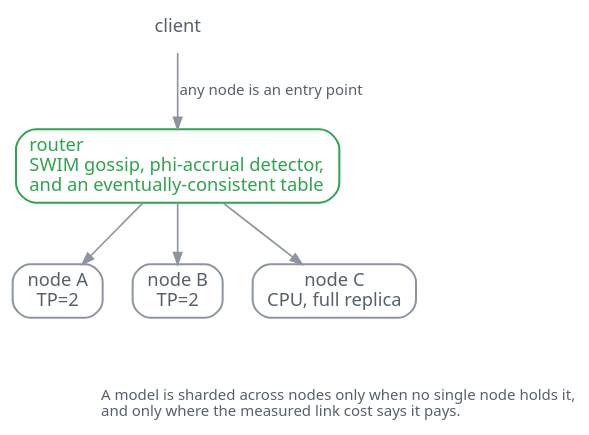
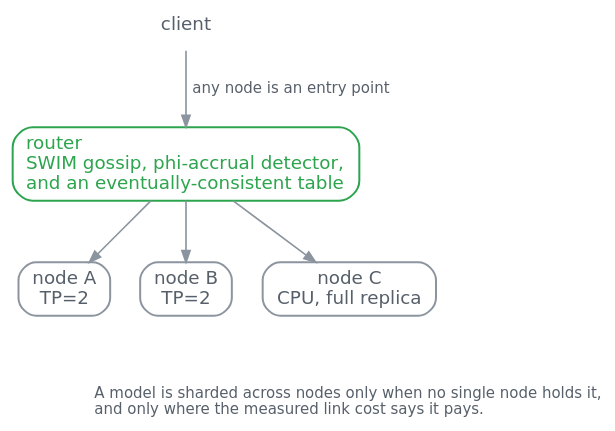
The diagram in docs/img/cluster-topology.dot (loken-ai/loken), drawn with Graphviz before and after one commit. The commit also changed 5 other files, not shown here.

First line of the commit message:
Name real font families and size the figure labels

```diff
--- a/docs/img/cluster-topology.dot
+++ b/docs/img/cluster-topology.dot
@@ -1,27 +1,27 @@
 // Rendered by scripts/figures.py. Colours are mid-tones chosen to read on a white page and on
 // a dark one, since a figure inherits whatever background the reader brought.
 digraph cluster {
   rankdir=TB;
   bgcolor="transparent";
-  node [fontname="ui-sans-serif,system-ui,sans-serif", fontsize=11, shape=box, style=rounded,
+  node [fontname="DejaVu Sans, Liberation Sans, Helvetica, Arial, sans-serif", fontsize=11, shape=box, style=rounded,
         color="#8c959f", fontcolor="#57606a", penwidth=1.2, height=.42];
-  edge [color="#8c959f", fontname="ui-sans-serif,system-ui,sans-serif", fontsize=9,
+  edge [color="#8c959f", fontname="DejaVu Sans, Liberation Sans, Helvetica, Arial, sans-serif", fontsize=9,
         fontcolor="#57606a", arrowsize=.7];
 
   client [label="client", shape=plaintext, fontcolor="#57606a"];
   router [label="router\lSWIM gossip, phi-accrual detector,\land an eventually-consistent table\l",
           color="#2da44e", fontcolor="#2da44e"];
 
   a [label="node A\nTP=2"];
   b [label="node B\nTP=2"];
   c [label="node C\nCPU, full replica"];
 
   client -> router [label=" any node is an entry point "];
   router -> a;
   router -> b;
   router -> c;
 
   note [shape=plaintext, fontsize=9, fontcolor="#57606a",
         label="A model is sharded across nodes only when no single node holds it,\land only where the measured link cost says it pays.\l"];
   c -> note [style=invis];
 }
```
